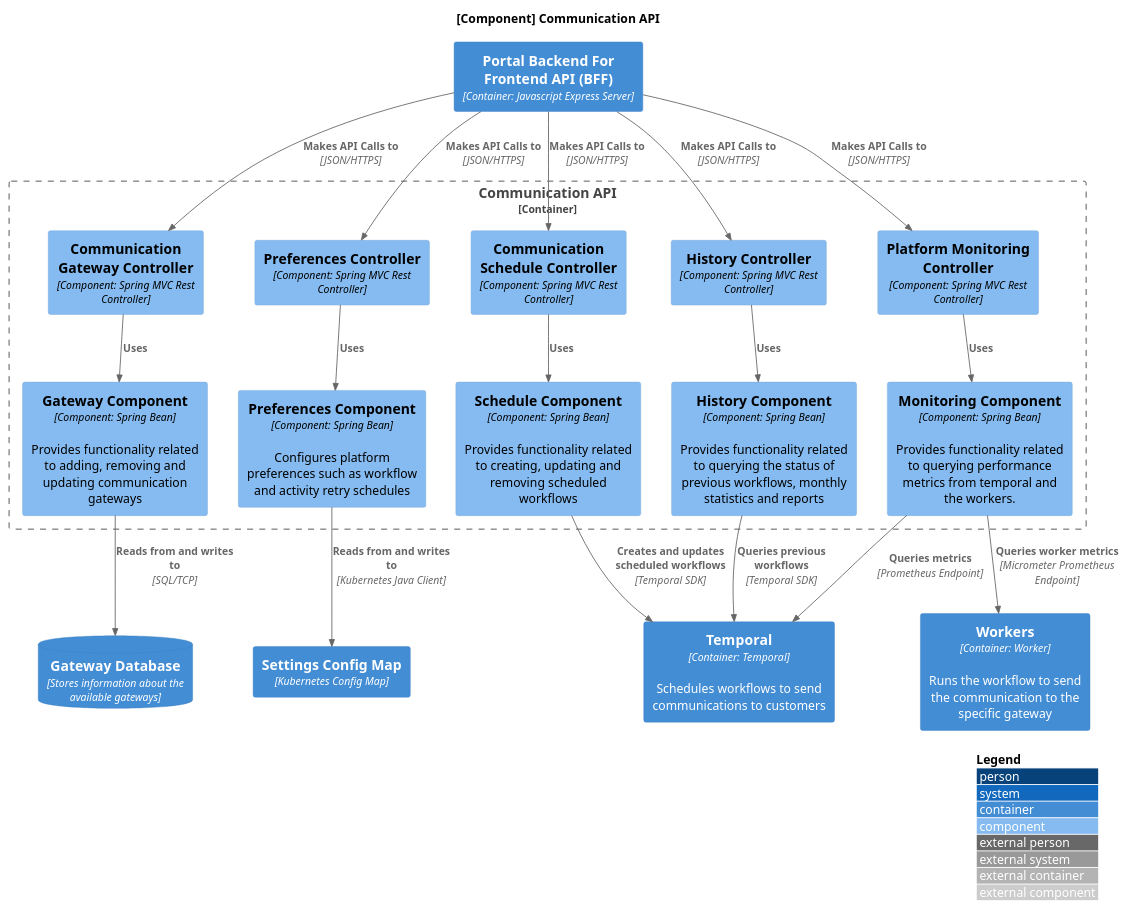
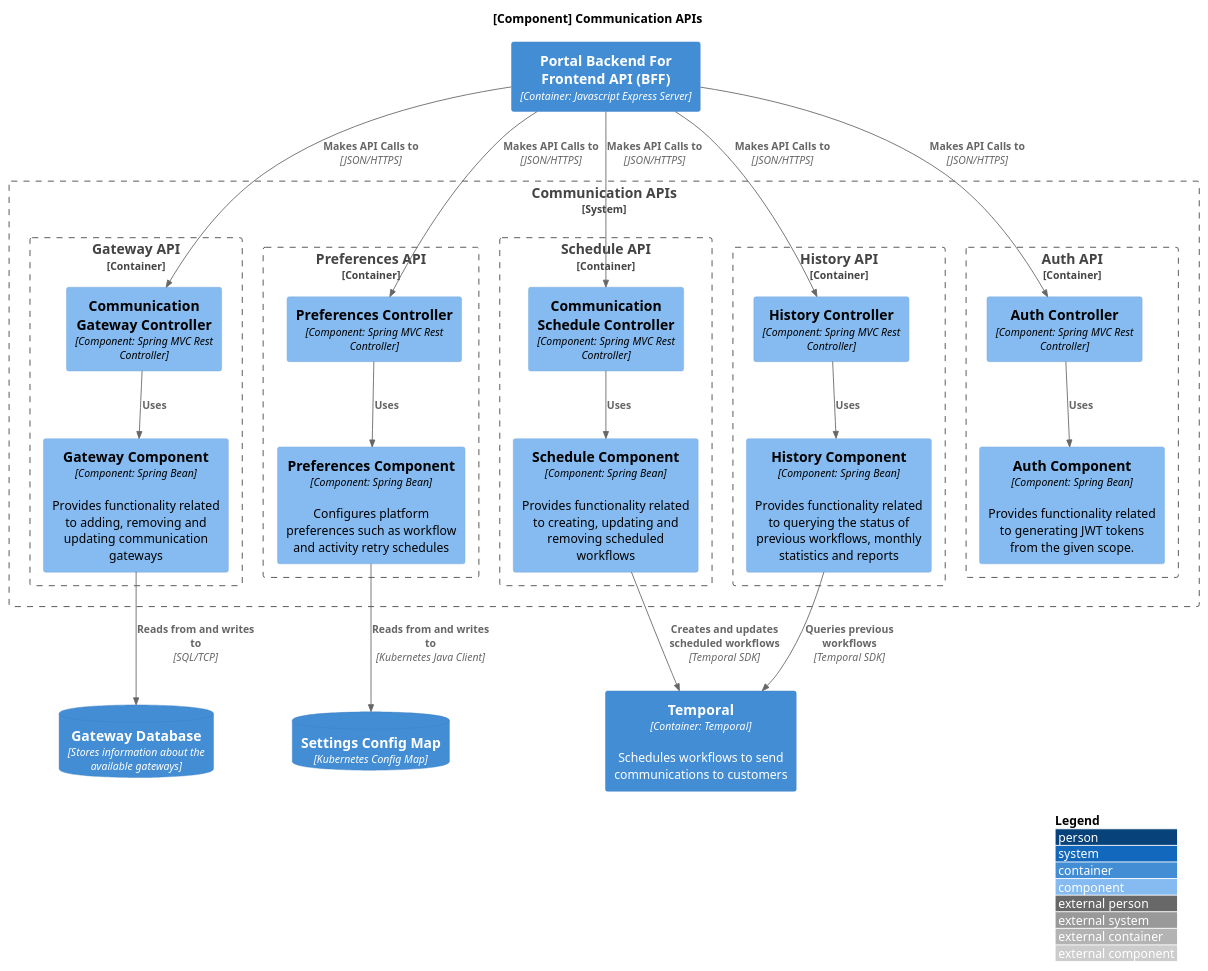
Before and after one commit to CameronWard301/communication_scheduler: the diagram in Designs/System Context/Components/CommunicationAPIComponent.puml, drawn with PlantUML. The commit also changed 17 other files, not shown here.

Commit message:
Update/diagram documentation

```diff
--- a/Designs/System Context/Components/CommunicationAPIComponent.puml
+++ b/Designs/System Context/Components/CommunicationAPIComponent.puml
@@ -1,52 +1,65 @@
 @startuml CommunicationAPIComponent
 !include https://raw.githubusercontent.com/plantuml-stdlib/C4-PlantUML/master/C4_Container.puml
 !include https://raw.githubusercontent.com/plantuml-stdlib/C4-PlantUML/master/C4_Component.puml
 
 LAYOUT_WITH_LEGEND()
 
-title [Component] Communication API
+title [Component] Communication APIs
 
 Container(webBFF, "Portal Backend For Frontend API (BFF)", "Container: Javascript Express Server")
 ContainerDb(gatewayDB, "Gateway Database", "Stores information about the available gateways")
-Container(settings, "Settings Config Map", "Kubernetes Config Map")
+ContainerDb(settings, "Settings Config Map", "Kubernetes Config Map")
 Container(temporal, "Temporal", "Container: Temporal", "Schedules workflows to send communications to customers")
-Container(workers, "Workers", "Container: Worker", "Runs the workflow to send the communication to the specific gateway")
 
 
-Container_Boundary(component, "Communication API") {
-    Component(gatewayController, "Communication Gateway Controller", "Component: Spring MVC Rest Controller")
-    Component(preferencesController, "Preferences Controller", "Component: Spring MVC Rest Controller")
-    Component(scheduleController, "Communication Schedule Controller", "Component: Spring MVC Rest Controller")
-    Component(historyController, "History Controller", "Component: Spring MVC Rest Controller")
-    Component(platformController, "Platform Monitoring Controller", "Component: Spring MVC Rest Controller")
+System_Boundary(component, "Communication APIs") {
+    
+    Container_Boundary(gatewayAPI, "Gateway API") {
+        Component(gatewayController, "Communication Gateway Controller", "Component: Spring MVC Rest Controller")
+        Component(gatewayComponent, "Gateway Component", "Component: Spring Bean", "Provides functionality related to adding, removing and updating communication gateways")
+    }
 
-    Component(gatewayComponent, "Gateway Component", "Component: Spring Bean", "Provides functionality related to adding, removing and updating communication gateways")
-    Component(scheduleComponent, "Schedule Component", "Component: Spring Bean", "Provides functionality related to creating, updating and removing scheduled workflows")
-    Component(preferencesComponent, "Preferences Component", "Component: Spring Bean", "Configures platform preferences such as workflow and activity retry schedules")
-    Component(historyComponent, "History Component", "Component: Spring Bean", "Provides functionality related to querying the status of previous workflows, monthly statistics and reports")
-    Component(monitoringComponent, "Monitoring Component", "Component: Spring Bean", "Provides functionality related to querying performance metrics from temporal and the workers.")
+    Container_Boundary(preferencesAPI, "Preferences API") {
+        Component(preferencesController, "Preferences Controller", "Component: Spring MVC Rest Controller")
+        Component(preferencesComponent, "Preferences Component", "Component: Spring Bean", "Configures platform preferences such as workflow and activity retry schedules")
+    }
+
+
+    Container_Boundary(scheduleAPI, "Schedule API") {
+        Component(scheduleController, "Communication Schedule Controller", "Component: Spring MVC Rest Controller")
+        Component(scheduleComponent, "Schedule Component", "Component: Spring Bean", "Provides functionality related to creating, updating and removing scheduled workflows")
+    }
+
+    Container_Boundary(historyAPI, "History API") {
+        Component(historyController, "History Controller", "Component: Spring MVC Rest Controller")
+        Component(historyComponent, "History Component", "Component: Spring Bean", "Provides functionality related to querying the status of previous workflows, monthly statistics and reports")
+
+    }
+
+    Container_Boundary(authApi, "Auth API") {
+        Component(authController, "Auth Controller", "Component: Spring MVC Rest Controller")
+        Component(authComponent, "Auth Component", "Component: Spring Bean", "Provides functionality related to generating JWT tokens from the given scope.")
+    }
 }
 
 Rel(webBFF, gatewayController, "Makes API Calls to", "JSON/HTTPS")
 Rel(webBFF, scheduleController, "Makes API Calls to", "JSON/HTTPS")
 Rel(webBFF, preferencesController, "Makes API Calls to", "JSON/HTTPS")
 Rel(webBFF, historyController, "Makes API Calls to", "JSON/HTTPS")
-Rel(webBFF, platformController, "Makes API Calls to", "JSON/HTTPS")
+Rel(webBFF, authController, "Makes API Calls to", "JSON/HTTPS")
 
 Rel(gatewayController, gatewayComponent, "Uses")
 Rel(gatewayComponent, gatewayDB, "Reads from and writes to", "SQL/TCP")
 
 Rel(scheduleController, scheduleComponent, "Uses")
 Rel(scheduleComponent, temporal, "Creates and updates scheduled workflows", "Temporal SDK")
 
 Rel(preferencesController, preferencesComponent, "Uses")
 Rel(preferencesComponent, settings, "Reads from and writes to", "Kubernetes Java Client")
 
 Rel(historyController, historyComponent, "Uses")
 Rel(historyComponent, temporal, "Queries previous workflows", "Temporal SDK")
 
-Rel(platformController, monitoringComponent, "Uses")
-Rel(monitoringComponent, temporal, "Queries metrics", "Prometheus Endpoint")
-Rel(monitoringComponent, workers, "Queries worker metrics", "Micrometer Prometheus Endpoint")
+Rel(authController, authComponent, "Uses")
 
 @enduml
```
